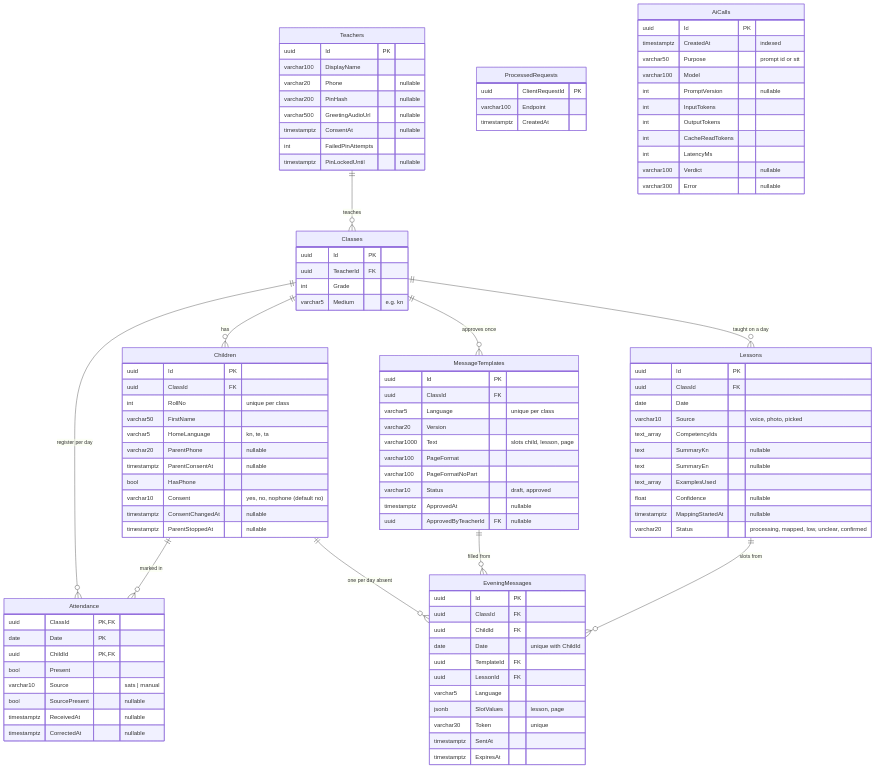
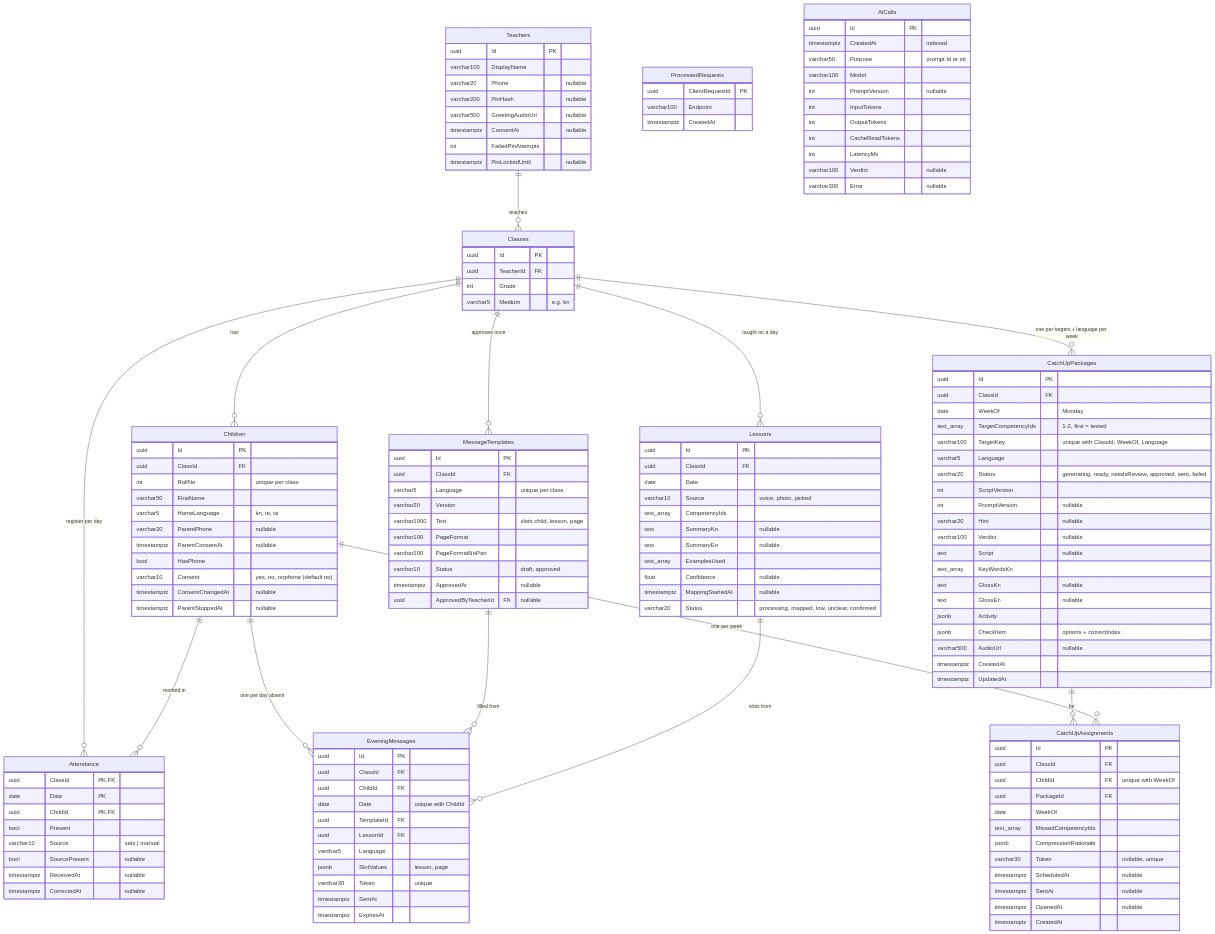
Before and after one commit to rahul-oswal07/slate-ai: the first of 2 diagrams in docs/database.md, drawn with Mermaid. The commit also changed other lines of this file and 36 other files, not shown here.

First line of the commit message:
feat(api): A3 script writer, catch-up packages and generate (T-09)

````diff
--- a/docs/database.md
+++ b/docs/database.md
@@ -21,6 +21,9 @@
     Children ||--o{ EveningMessages : "one per day absent"
     MessageTemplates ||--o{ EveningMessages : "filled from"
     Lessons ||--o{ EveningMessages : "slots from"
+    Classes ||--o{ CatchUpPackages : "one per targets + language per week"
+    CatchUpPackages ||--o{ CatchUpAssignments : "for"
+    Children ||--o{ CatchUpAssignments : "one per week"
 
     Teachers {
         uuid Id PK
@@ -117,4 +120,40 @@
         timestamptz SentAt
         timestamptz ExpiresAt
     }
+    CatchUpPackages {
+        uuid Id PK
+        uuid ClassId FK
+        date WeekOf "Monday"
+        text_array TargetCompetencyIds "1-2, first = tested"
+        varchar100 TargetKey "unique with ClassId, WeekOf, Language"
+        varchar5 Language
+        varchar20 Status "generating, ready, needsReview, approved, sent, failed"
+        int ScriptVersion
+        int PromptVersion "nullable"
+        varchar20 Hint "nullable"
+        varchar100 Verdict "nullable"
+        text Script "nullable"
+        text_array KeyWordsKn
+        text GlossKn "nullable"
+        text GlossEn "nullable"
+        jsonb Activity
+        jsonb CheckItem "options + correctIndex"
+        varchar500 AudioUrl "nullable"
+        timestamptz CreatedAt
+        timestamptz UpdatedAt
+    }
+    CatchUpAssignments {
+        uuid Id PK
+        uuid ClassId FK
+        uuid ChildId FK "unique with WeekOf"
+        uuid PackageId FK
+        date WeekOf
+        text_array MissedCompetencyIds
+        jsonb CompressionRationale
+        varchar30 Token "nullable, unique"
+        timestamptz ScheduledAt "nullable"
+        timestamptz SentAt "nullable"
+        timestamptz OpenedAt "nullable"
+        timestamptz CreatedAt
+    }
 ```
````
